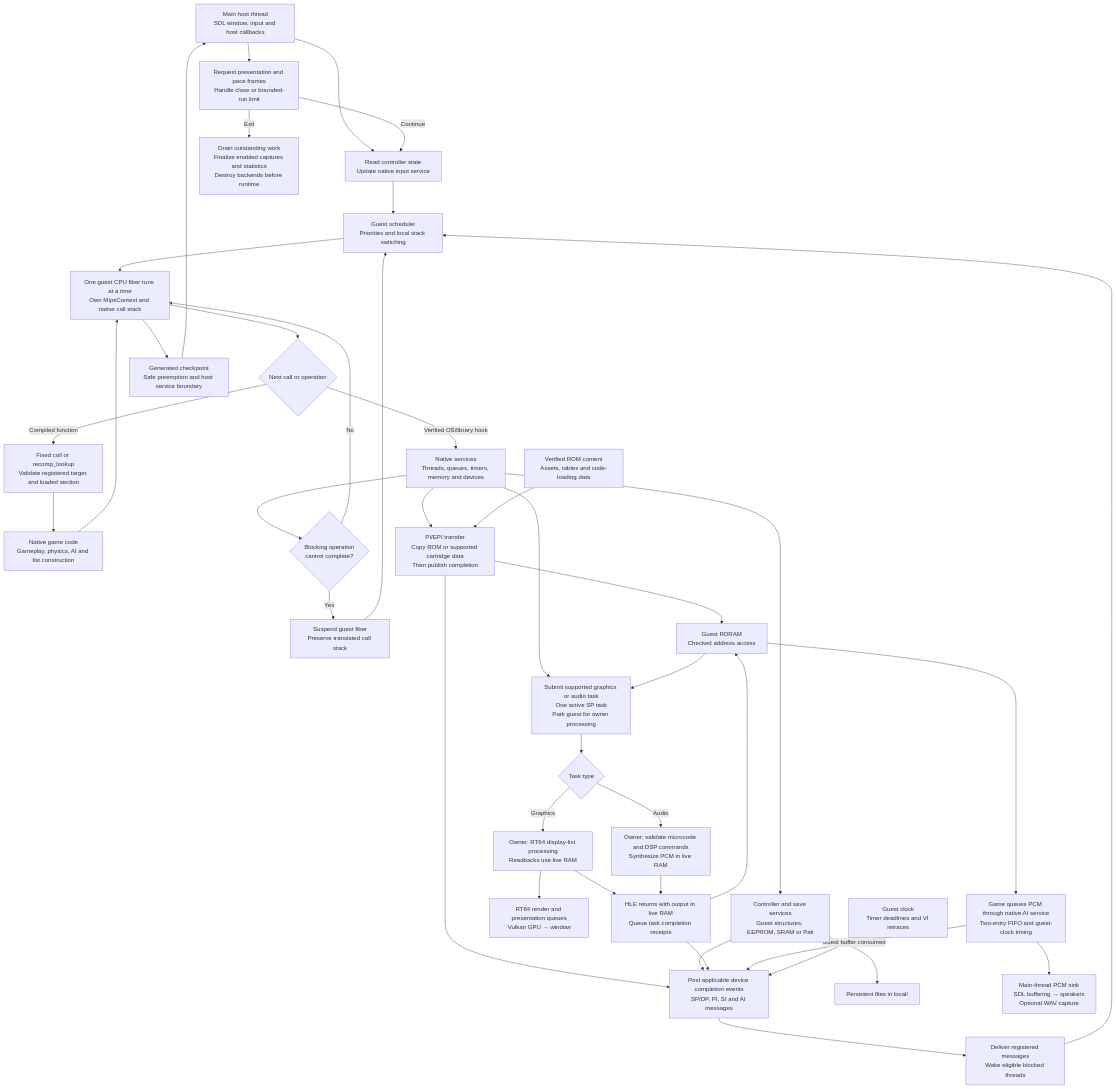
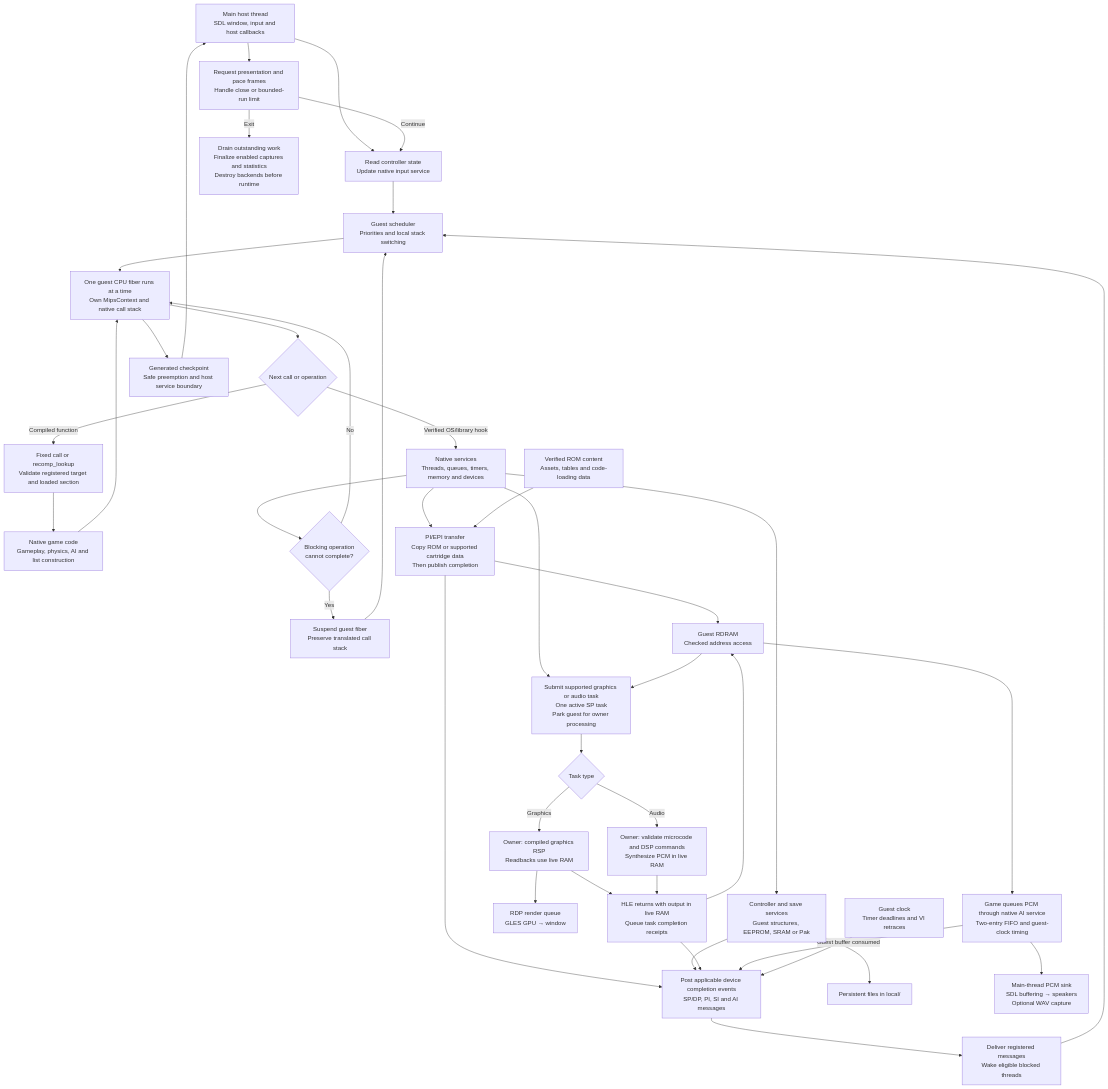
One commit to polaco1782/v64recomp changed the third of 6 diagrams in docs/process-flow.md. Above: the diagram before and after it, drawn with Mermaid. The commit also changed other lines of this file and 186 other files, not shown here.

````diff
--- a/docs/process-flow.md
+++ b/docs/process-flow.md
@@ -107,43 +107,43 @@
 ```mermaid
 flowchart TD
     Main["Main host thread<br/>SDL window, input and host callbacks"] --> Input["Read controller state<br/>Update native input service"]
     Input --> Scheduler["Guest scheduler<br/>Priorities and local stack switching"]
     Scheduler --> Guest["One guest CPU fiber runs at a time<br/>Own MipsContext and native call stack"]
     Guest --> Calls{"Next call or operation"}
     Calls -->|"Compiled function"| Registry["Fixed call or recomp_lookup<br/>Validate registered target and loaded section"]
     Registry --> Logic["Native game code<br/>Gameplay, physics, AI and list construction"]
     Logic --> Guest
     Calls -->|"Verified OS/library hook"| OS["Native services<br/>Threads, queues, timers, memory and devices"]
     OS --> Block{"Blocking operation<br/>cannot complete?"}
     Block -->|Yes| Park["Suspend guest fiber<br/>Preserve translated call stack"]
     Park --> Scheduler
     Block -->|No| Guest
     OS --> DMA["PI/EPI transfer<br/>Copy ROM or supported cartridge data<br/>Then publish completion"]
     Content["Verified ROM content<br/>Assets, tables and code-loading data"] --> DMA
     DMA --> RAM["Guest RDRAM<br/>Checked address access"]
     DMA --> Events
     OS --> IO["Controller and save services<br/>Guest structures, EEPROM, SRAM or Pak"]
     IO --> Files["Persistent files in local/"]
     IO --> Events
     OS --> SP["Submit supported graphics or audio task<br/>One active SP task<br/>Park guest for owner processing"]
     RAM --> SP
     SP --> Kind{"Task type"}
-    Kind -->|Graphics| Video["Owner: RT64 display-list processing<br/>Readbacks use live RAM"]
+    Kind -->|Graphics| Video["Owner: compiled graphics RSP<br/>Readbacks use live RAM"]
     Kind -->|Audio| Audio["Owner: validate microcode and DSP commands<br/>Synthesize PCM in live RAM"]
-    Video --> GPU["RT64 render and presentation queues<br/>Vulkan GPU → window"]
+    Video --> GPU["RDP render queue<br/>GLES GPU → window"]
     Video --> Merge["HLE returns with output in live RAM<br/>Queue task completion receipts"]
     Audio --> Merge
     Merge --> Events["Post applicable device completion events<br/>SP/DP, PI, SI and AI messages"]
     Merge --> RAM
     RAM --> AI["Game queues PCM through native AI service<br/>Two-entry FIFO and guest-clock timing"]
     AI --> PCM["Main-thread PCM sink<br/>SDL buffering → speakers<br/>Optional WAV capture"]
     AI -->|"Guest buffer consumed"| Events
     Clock["Guest clock<br/>Timer deadlines and VI retraces"] --> Events
     Events --> Wake["Deliver registered messages<br/>Wake eligible blocked threads"]
     Wake --> Scheduler
     Guest --> Checkpoint["Generated checkpoint<br/>Safe preemption and host service boundary"]
     Checkpoint --> Main
     Main --> Present["Request presentation and pace frames<br/>Handle close or bounded-run limit"]
     Present -->|Continue| Input
     Present -->|Exit| Drain["Drain outstanding work<br/>Finalize enabled captures and statistics<br/>Destroy backends before runtime"]
 ```
````
